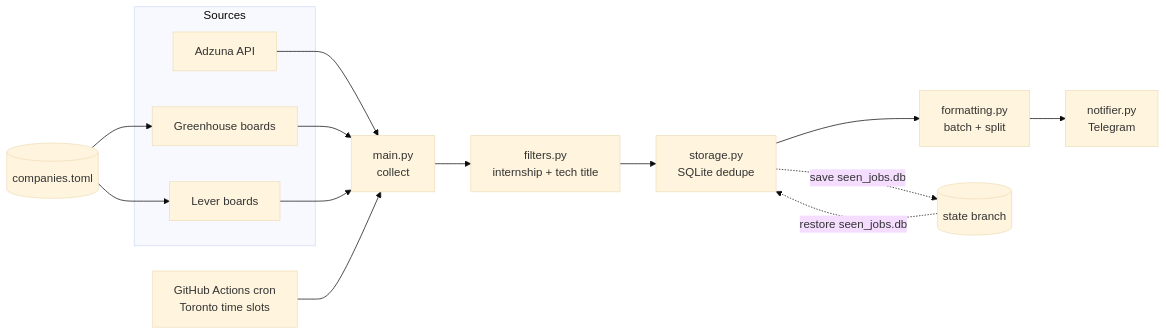
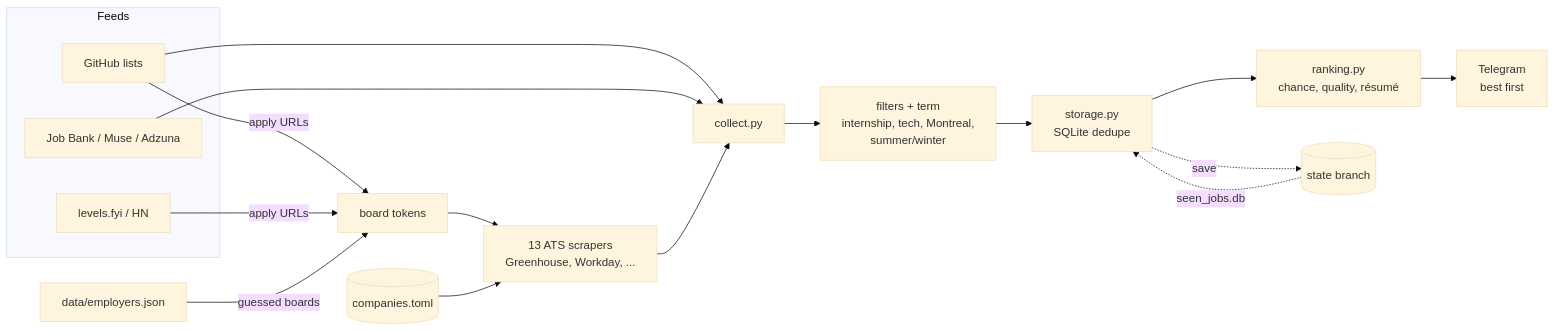
Before and after one commit to Octavian-Mihai/tg_bot: the diagram in README.md, drawn with Mermaid (base theme). The commit also changed other lines of this file and 61 other files, not shown here.

First line of the commit message:
Port Jobify sources, add ranking, winter terms, slot scheduling and Telegram keyword trigger

````diff
--- a/README.md
+++ b/README.md
@@ -12,20 +95,22 @@
 ```mermaid
 flowchart LR
-    subgraph Sources
-        A[Adzuna API]
-        G[Greenhouse boards]
-        L[Lever boards]
+    subgraph Feeds
+        GH[GitHub lists]
+        JB[Job Bank / Muse / Adzuna]
+        MINE[levels.fyi / HN]
     end
-    C[(companies.toml)] --> G
-    C --> L
-    A --> M
-    G --> M
-    L --> M
-    M[main.py<br/>collect] --> F[filters.py<br/>internship + tech title]
+    GH -- apply URLs --> TOK
+    MINE -- apply URLs --> TOK
+    DISC[data/employers.json] -- guessed boards --> TOK
+    TOK[board tokens] --> ATS[13 ATS scrapers<br/>Greenhouse, Workday, ...]
+    CO[(companies.toml)] --> ATS
+    GH --> M
+    JB --> M
+    ATS --> M[collect.py]
+    M --> F[filters + term<br/>internship, tech, Montreal,<br/>summer/winter]
     F --> D[storage.py<br/>SQLite dedupe]
-    D --> N[formatting.py<br/>batch + split]
-    N --> T[notifier.py<br/>Telegram]
-    S[(state branch)] -.->|restore seen_jobs.db| D
-    D -.->|save seen_jobs.db| S
-    CRON[GitHub Actions cron<br/>Toronto time slots] --> M
+    D --> R[ranking.py<br/>chance, quality, résumé]
+    R --> T[Telegram<br/>best first]
+    S[(state branch)] -.->|seen_jobs.db| D
+    D -.->|save| S
 ```
````
